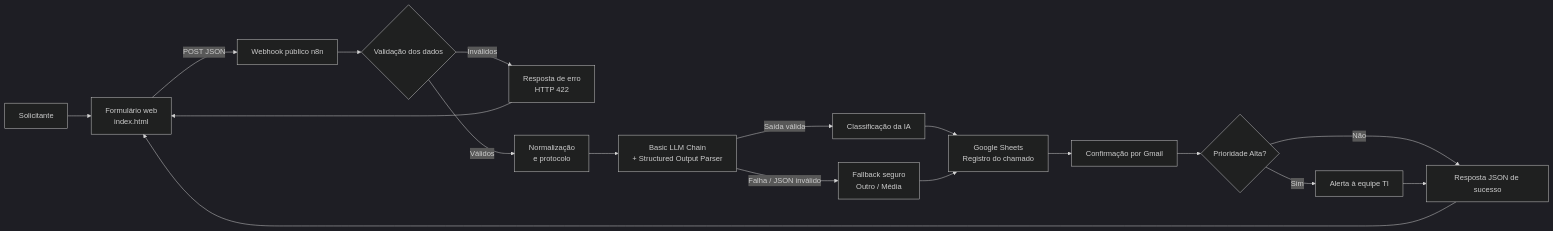
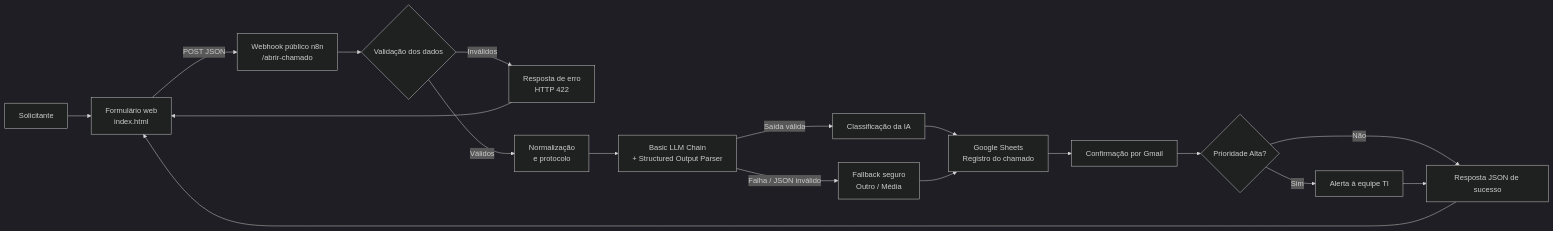
Before and after one commit to DouglasSM13/Sistema-de-Triagem-automatica---Vibe-Coder: the first of 2 diagrams in README.md, drawn with Mermaid (dark theme). The commit also changed other lines of this file, not shown here.

````diff
--- a/README.md
+++ b/README.md
@@ -52,20 +57,20 @@
 ```mermaid
 flowchart LR
     U[Solicitante] --> F[Formulário web\nindex.html]
-    F -->|POST JSON| W[Webhook público n8n]
+    F -->|POST JSON| W[Webhook público n8n\n/abrir-chamado]
     W --> V{Validação dos dados}
     V -->|Inválidos| E[Resposta de erro\nHTTP 422]
     E --> F
     V -->|Válidos| N[Normalização\ne protocolo]
     N --> AI[Basic LLM Chain\n+ Structured Output Parser]
     AI -->|Saída válida| OK[Classificação da IA]
     AI -->|Falha / JSON inválido| FB[Fallback seguro\nOutro / Média]
     OK --> S[Google Sheets\nRegistro do chamado]
     FB --> S
     S --> M[Confirmação por Gmail]
     M --> P{Prioridade Alta?}
     P -->|Sim| A[Alerta à equipe TI]
     P -->|Não| R[Resposta JSON de sucesso]
     A --> R
     R --> F
 ```
````
